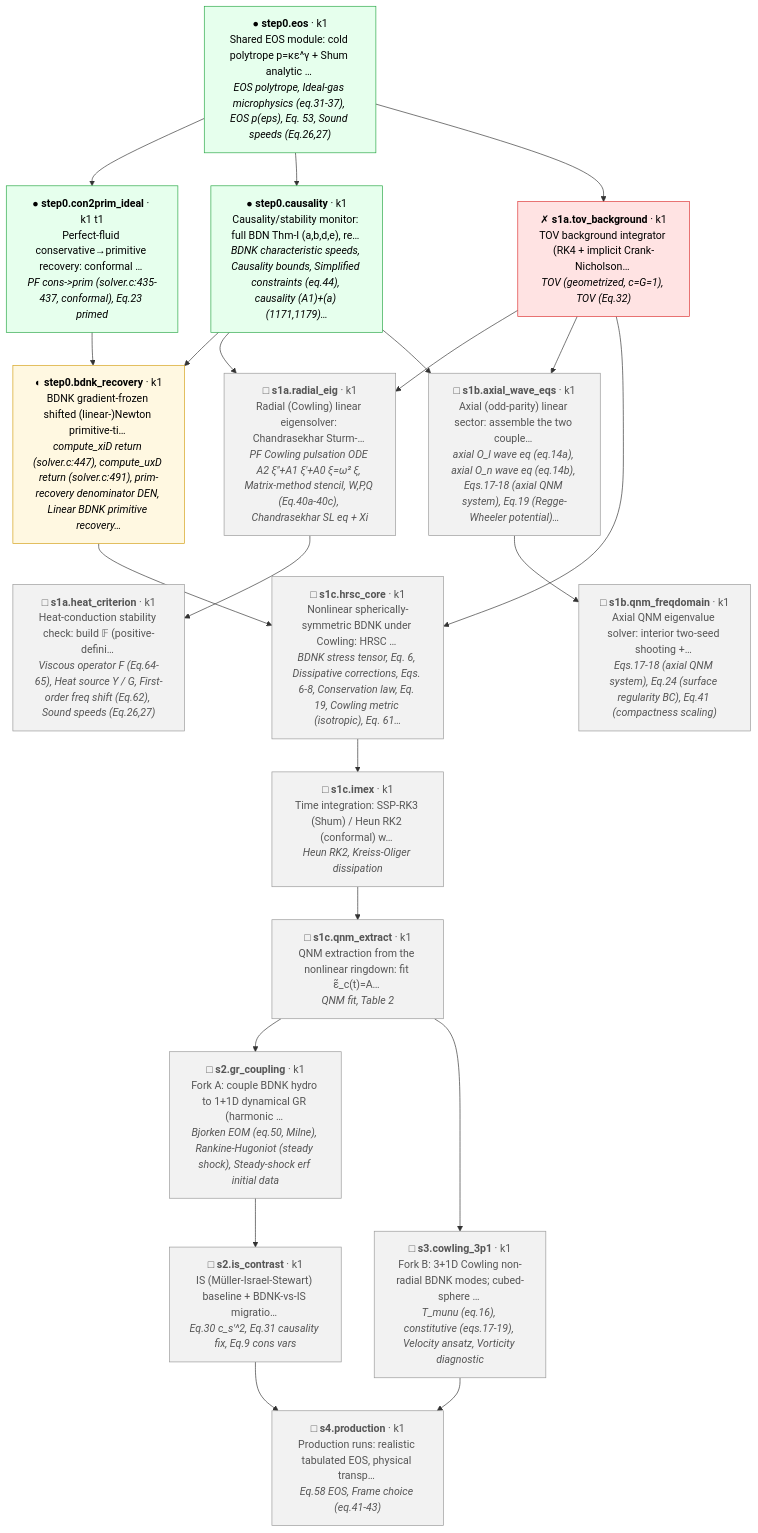
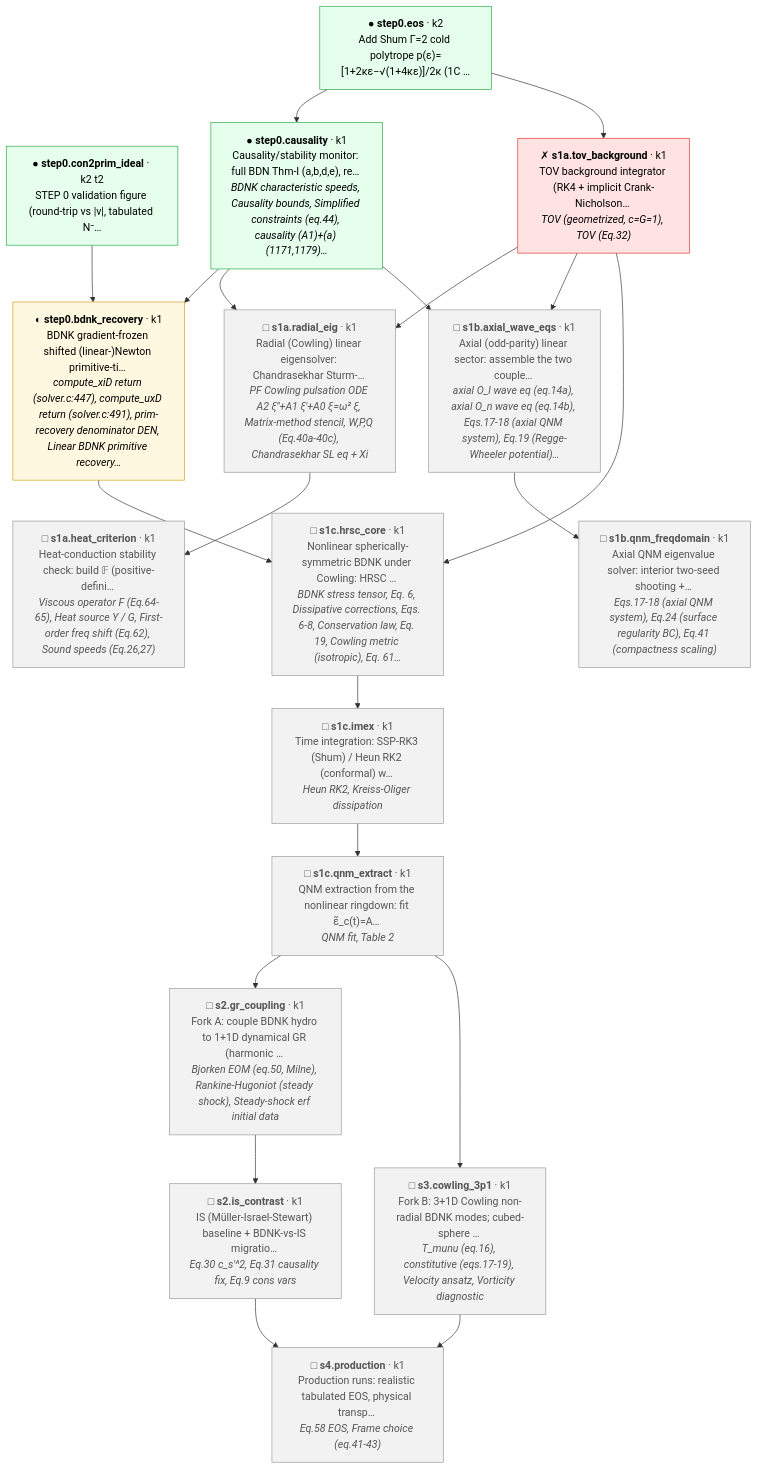
One commit to FoAKTEE/BDNK changed the diagram in progress/dag/project_dag.md. Above: the diagram before and after it, drawn with Mermaid. The commit also changed 11 other files, not shown here.

First line of the commit message:
feat(eos,fig): Shum Γ=2 EOS + STEP 0 validation figure

````diff
--- a/progress/dag/project_dag.md
+++ b/progress/dag/project_dag.md
@@ -5,45 +5,44 @@
 ```mermaid
 flowchart TD
-  n_step0_eos["● <b>step0.eos</b> · k1<br/>Shared EOS module: cold polytrope p=κε^γ + Shum analytic … <br/><i>EOS polytrope, Ideal-gas microphysics (eq.31-37), EOS p(eps), Eq. 53, Sound speeds (Eq.26,27)</i>"]:::solid
-  n_step0_con2prim_ideal["● <b>step0.con2prim_ideal</b> · k1 t1<br/>Perfect-fluid conservative→primitive recovery: conformal … <br/><i>PF cons->prim (solver.c:435-437, conformal), Eq.23 primed</i>"]:::solid
+  n_step0_eos["● <b>step0.eos</b> · k2<br/>Add Shum Γ=2 cold polytrope p(ε)=[1+2κε−√(1+4κε)]/2κ (1C …"]:::solid
+  n_step0_con2prim_ideal["● <b>step0.con2prim_ideal</b> · k2 t2<br/>STEP 0 validation figure (round-trip vs |v|, tabulated N⁻…"]:::solid
   n_step0_causality["● <b>step0.causality</b> · k1<br/>Causality/stability monitor: full BDN Thm-I (a,b,d,e), re… <br/><i>BDNK characteristic speeds, Causality bounds, Simplified constraints (eq.44), causality (A1)+(a) (1171,1179)…</i>"]:::solid
   n_step0_bdnk_recovery["◐ <b>step0.bdnk_recovery</b> · k1<br/>BDNK gradient-frozen shifted (linear-)Newton primitive-ti… <br/><i>compute_xiD return (solver.c:447), compute_uxD return (solver.c:491), prim-recovery denominator DEN, Linear BDNK primitive recovery…</i>"]:::preliminary
   n_s1a_tov_background["✗ <b>s1a.tov_background</b> · k1<br/>TOV background integrator (RK4 + implicit Crank-Nicholson… <br/><i>TOV (geometrized, c=G=1), TOV (Eq.32)</i>"]:::blocking
   n_s1a_radial_eig["□ <b>s1a.radial_eig</b> · k1<br/>Radial (Cowling) linear eigensolver: Chandrasekhar Sturm-… <br/><i>PF Cowling pulsation ODE A2 ξ''+A1 ξ'+A0 ξ=ω² ξ, Matrix-method stencil, W,P,Q (Eq.40a-40c), Chandrasekhar SL eq + Xi</i>"]:::future
   n_s1a_heat_criterion["□ <b>s1a.heat_criterion</b> · k1<br/>Heat-conduction stability check: build 𝔽 (positive-defini… <br/><i>Viscous operator F (Eq.64-65), Heat source Y / G, First-order freq shift (Eq.62), Sound speeds (Eq.26,27)</i>"]:::future
   n_s1b_axial_wave_eqs["□ <b>s1b.axial_wave_eqs</b> · k1<br/>Axial (odd-parity) linear sector: assemble the two couple… <br/><i>axial O_l wave eq (eq.14a), axial O_n wave eq (eq.14b), Eqs.17-18 (axial QNM system), Eq.19 (Regge-Wheeler potential)…</i>"]:::future
   n_s1b_qnm_freqdomain["□ <b>s1b.qnm_freqdomain</b> · k1<br/>Axial QNM eigenvalue solver: interior two-seed shooting +… <br/><i>Eqs.17-18 (axial QNM system), Eq.24 (surface regularity BC), Eq.41 (compactness scaling)</i>"]:::future
   n_s1c_hrsc_core["□ <b>s1c.hrsc_core</b> · k1<br/>Nonlinear spherically-symmetric BDNK under Cowling: HRSC … <br/><i>BDNK stress tensor, Eq. 6, Dissipative corrections, Eqs. 6-8, Conservation law, Eq. 19, Cowling metric (isotropic), Eq. 61…</i>"]:::future
   n_s1c_imex["□ <b>s1c.imex</b> · k1<br/>Time integration: SSP-RK3 (Shum) / Heun RK2 (conformal) w… <br/><i>Heun RK2, Kreiss-Oliger dissipation</i>"]:::future
   n_s1c_qnm_extract["□ <b>s1c.qnm_extract</b> · k1<br/>QNM extraction from the nonlinear ringdown: fit ε̃_c(t)=A… <br/><i>QNM fit, Table 2</i>"]:::future
   n_s2_gr_coupling["□ <b>s2.gr_coupling</b> · k1<br/>Fork A: couple BDNK hydro to 1+1D dynamical GR (harmonic … <br/><i>Bjorken EOM (eq.50, Milne), Rankine-Hugoniot (steady shock), Steady-shock erf initial data</i>"]:::future
   n_s2_is_contrast["□ <b>s2.is_contrast</b> · k1<br/>IS (Müller-Israel-Stewart) baseline + BDNK-vs-IS migratio… <br/><i>Eq.30 c_s'^2, Eq.31 causality fix, Eq.9 cons vars</i>"]:::future
   n_s3_cowling_3p1["□ <b>s3.cowling_3p1</b> · k1<br/>Fork B: 3+1D Cowling non-radial BDNK modes; cubed-sphere … <br/><i>T_munu (eq.16), constitutive (eqs.17-19), Velocity ansatz, Vorticity diagnostic</i>"]:::future
   n_s4_production["□ <b>s4.production</b> · k1<br/>Production runs: realistic tabulated EOS, physical transp… <br/><i>Eq.58 EOS, Frame choice (eq.41-43)</i>"]:::future
-  n_step0_eos --> n_step0_con2prim_ideal
   n_step0_eos --> n_step0_causality
   n_step0_con2prim_ideal --> n_step0_bdnk_recovery
   n_step0_causality --> n_step0_bdnk_recovery
   n_step0_eos --> n_s1a_tov_background
   n_s1a_tov_background --> n_s1a_radial_eig
   n_step0_causality --> n_s1a_radial_eig
   n_s1a_radial_eig --> n_s1a_heat_criterion
   n_s1a_tov_background --> n_s1b_axial_wave_eqs
   n_step0_causality --> n_s1b_axial_wave_eqs
   n_s1b_axial_wave_eqs --> n_s1b_qnm_freqdomain
   n_step0_bdnk_recovery --> n_s1c_hrsc_core
   n_s1a_tov_background --> n_s1c_hrsc_core
   n_s1c_hrsc_core --> n_s1c_imex
   n_s1c_imex --> n_s1c_qnm_extract
   n_s1c_qnm_extract --> n_s2_gr_coupling
   n_s2_gr_coupling --> n_s2_is_contrast
   n_s1c_qnm_extract --> n_s3_cowling_3p1
   n_s2_is_contrast --> n_s4_production
   n_s3_cowling_3p1 --> n_s4_production
   classDef solid fill:#e6ffed,stroke:#28a745,color:#000;
   classDef preliminary fill:#fff8e1,stroke:#d4a017,color:#000;
   classDef hypothesis fill:#e7f0ff,stroke:#4977c7,color:#000;
   classDef blocking fill:#ffe3e3,stroke:#d33,color:#000;
   classDef future fill:#f2f2f2,stroke:#999,color:#555;
   classDef amended fill:#f0f0f0,stroke:#aaa,color:#888;
 ```
````
